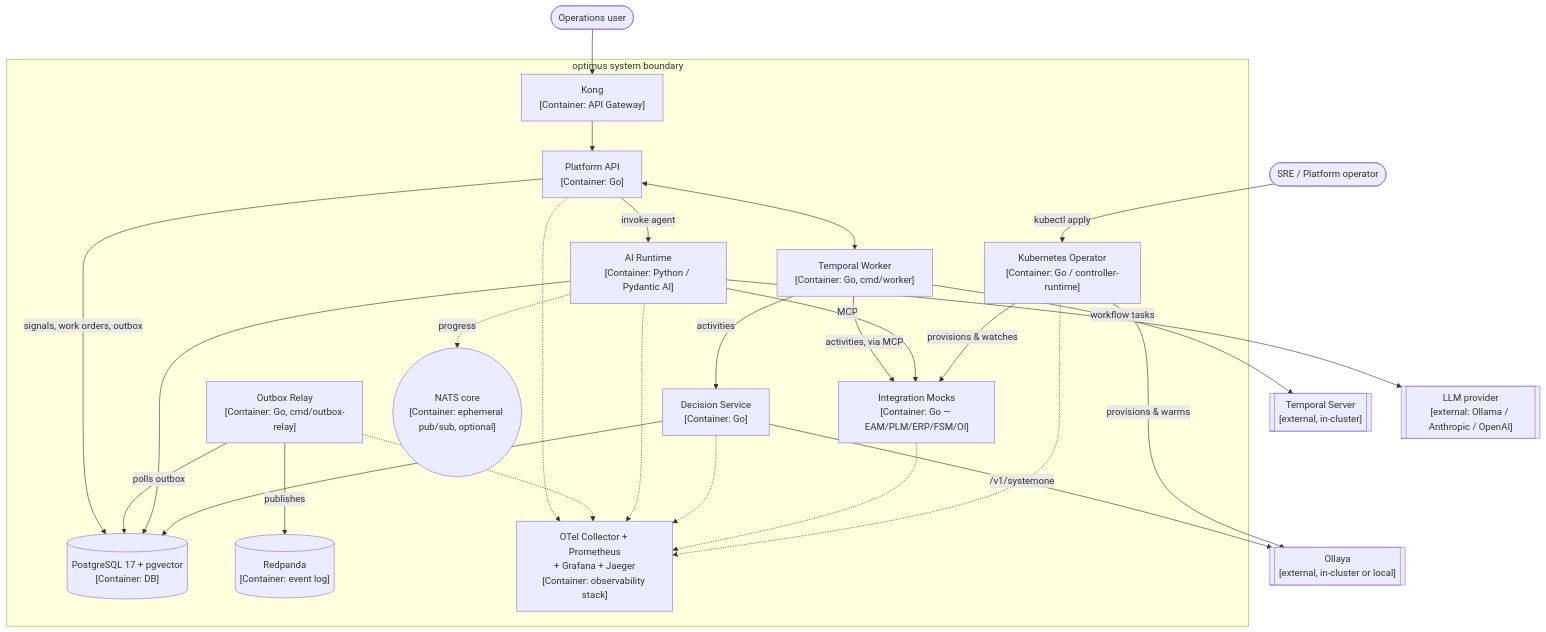
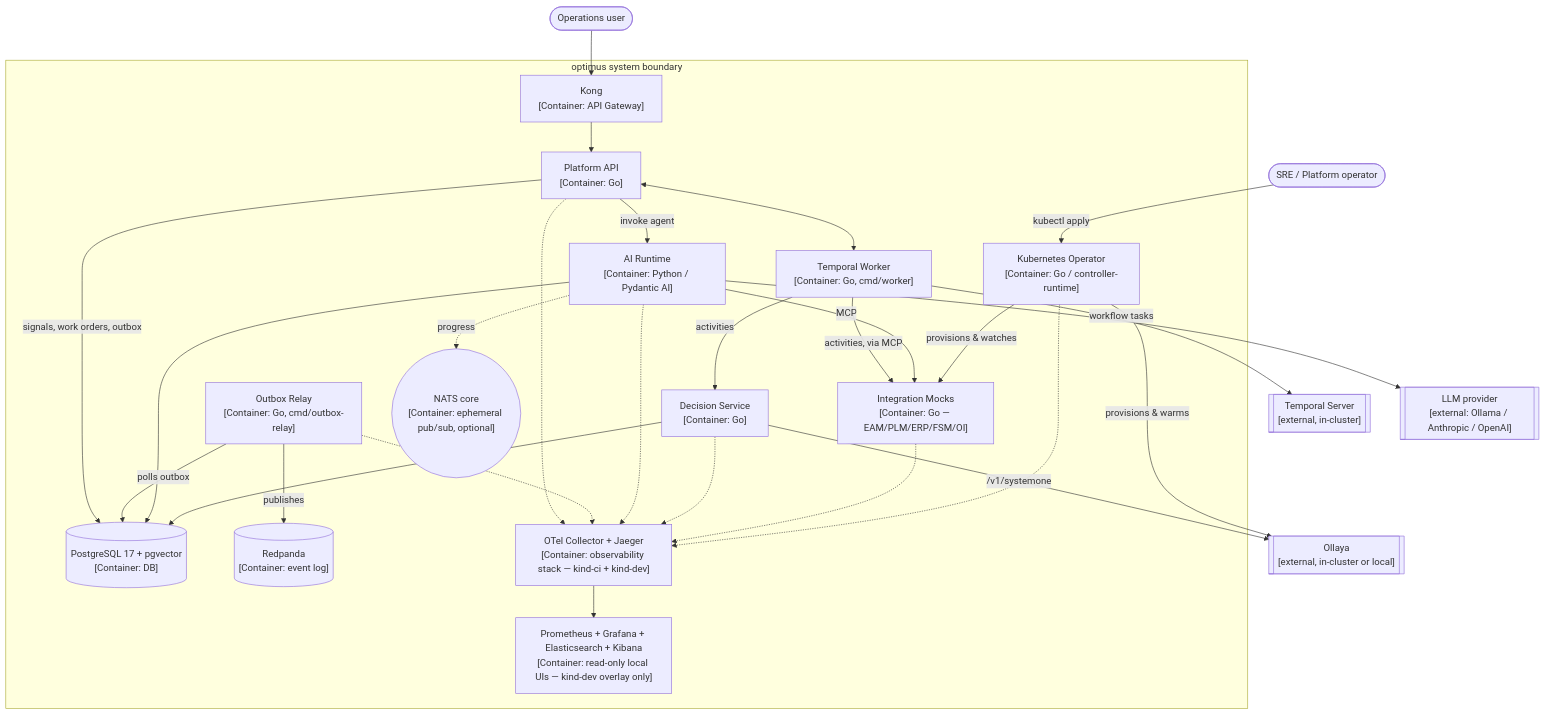
One commit to netologist/optimus-platform changed the fourth of 7 diagrams in PRD.md. Above: the diagram before and after it, drawn with Mermaid. The commit also changed other lines of this file and 12 other files, not shown here.

First line of the commit message:
refactor(observability): deploy Prometheus, Grafana and ELK from the kind-dev overlay only

````diff
--- a/PRD.md
+++ b/PRD.md
@@ -1038,56 +1038,58 @@
 ```mermaid
 flowchart TB
     OpsUser(["Operations user"])
     SRE(["SRE / Platform operator"])
 
     subgraph optimus["optimus system boundary"]
         Kong["Kong<br/>[Container: API Gateway]"]
         PlatformAPI["Platform API<br/>[Container: Go]"]
         Worker["Temporal Worker<br/>[Container: Go, cmd/worker]"]
         OutboxRelay["Outbox Relay<br/>[Container: Go, cmd/outbox-relay]"]
         AIRuntime["AI Runtime<br/>[Container: Python / Pydantic AI]"]
         DecisionSvc["Decision Service<br/>[Container: Go]"]
         Mocks["Integration Mocks<br/>[Container: Go — EAM/PLM/ERP/FSM/OI]"]
         Operator["Kubernetes Operator<br/>[Container: Go / controller-runtime]"]
         Postgres[("PostgreSQL 17 + pgvector<br/>[Container: DB]")]
         Redpanda[("Redpanda<br/>[Container: event log]")]
         NATS(("NATS core<br/>[Container: ephemeral pub/sub, optional]"))
-        Observability["OTel Collector + Prometheus<br/>+ Grafana + Jaeger<br/>[Container: observability stack]"]
+        Observability["OTel Collector + Jaeger<br/>[Container: observability stack — kind-ci + kind-dev]"]
+        ObservabilityUIs["Prometheus + Grafana + Elasticsearch + Kibana<br/>[Container: read-only local UIs — kind-dev overlay only]"]
     end
 
     OllayaExt[["Ollaya<br/>[external, in-cluster or local]"]]
     TemporalSrv[["Temporal Server<br/>[external, in-cluster]"]]
     LLMExt[["LLM provider<br/>[external: Ollama / Anthropic / OpenAI]"]]
 
     OpsUser --> Kong
     SRE -->|kubectl apply| Operator
 
     Kong --> PlatformAPI
     PlatformAPI -->|signals, work orders, outbox| Postgres
     PlatformAPI <--> Worker
     Worker -->|workflow tasks| TemporalSrv
     Worker -->|activities| DecisionSvc
     Worker -->|activities, via MCP| Mocks
 
     OutboxRelay -->|polls outbox| Postgres
     OutboxRelay -->|publishes| Redpanda
 
     PlatformAPI -->|"invoke agent"| AIRuntime
     AIRuntime -->|MCP| Mocks
     AIRuntime --> Postgres
     AIRuntime --> LLMExt
     AIRuntime -.->|progress| NATS
 
     DecisionSvc -->|"/v1/systemone"| OllayaExt
     DecisionSvc --> Postgres
 
     Operator -->|provisions & watches| Mocks
     Operator -->|provisions & warms| OllayaExt
 
     PlatformAPI -.-> Observability
     OutboxRelay -.-> Observability
     AIRuntime -.-> Observability
     DecisionSvc -.-> Observability
     Mocks -.-> Observability
     Operator -.-> Observability
+    Observability --> ObservabilityUIs
 ```
````
